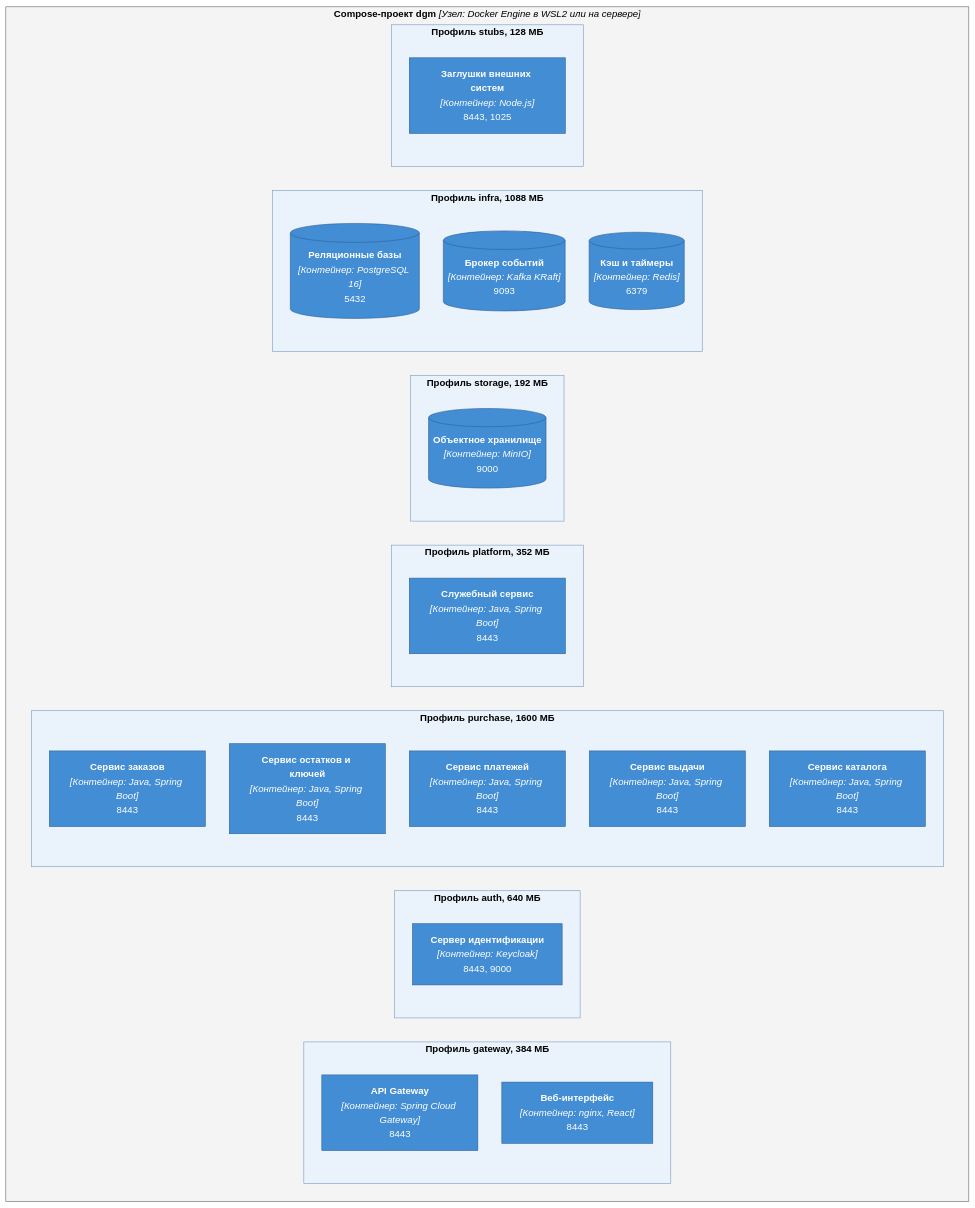
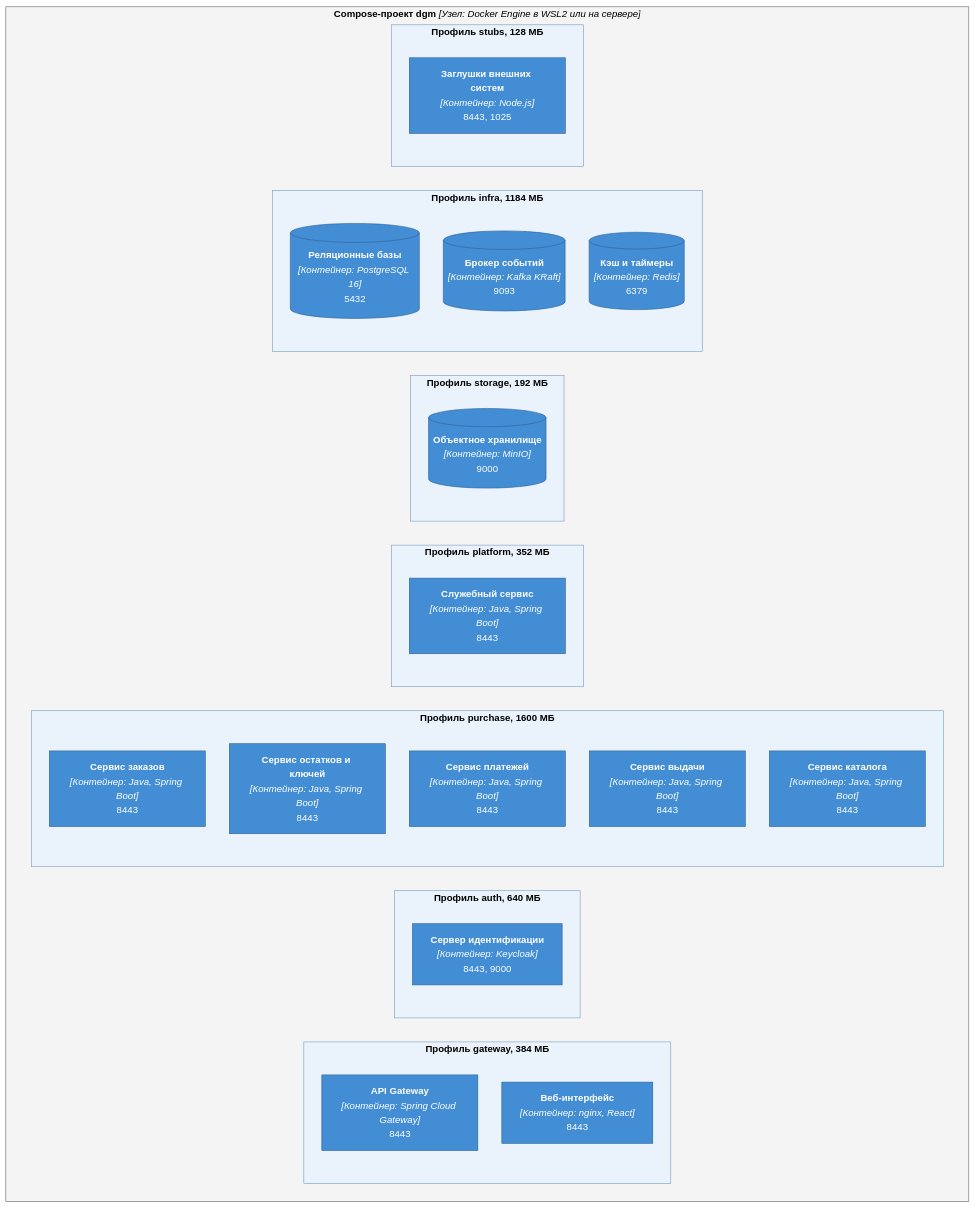
The second of 5 diagrams in docs/05-architecture/c4-deployment.md (Lapin143/digital-goods-marketplace), drawn with Mermaid before and after one commit. The commit also changed 3 other files, not shown here.

````diff
--- a/docs/05-architecture/c4-deployment.md
+++ b/docs/05-architecture/c4-deployment.md
@@ -78,45 +78,45 @@
 ```mermaid
 %%{init: {"theme":"base","themeVariables":{"edgeLabelBackground":"#ffffff","lineColor":"#444444"},"flowchart": {"nodeSpacing": 40, "rankSpacing": 60, "curve": "basis"}}}%%
 flowchart TB
     subgraph laptop["<b>Compose-проект dgm</b> <i>[Узел: Docker Engine в WSL2 или на сервере]</i>"]
         subgraph p-gateway["<b>Профиль gateway, 384 МБ</b>"]
             api-gateway["<b>API Gateway</b><br/><i>[Контейнер: Spring Cloud Gateway]</i><br/>8443"]
             web-app["<b>Веб-интерфейс</b><br/><i>[Контейнер: nginx, React]</i><br/>8443"]
         end
         subgraph p-auth["<b>Профиль auth, 640 МБ</b>"]
             keycloak["<b>Сервер идентификации</b><br/><i>[Контейнер: Keycloak]</i><br/>8443, 9000"]
         end
         subgraph p-purchase["<b>Профиль purchase, 1600 МБ</b>"]
             order-service["<b>Сервис заказов</b><br/><i>[Контейнер: Java, Spring Boot]</i><br/>8443"]
             inventory-service["<b>Сервис остатков и ключей</b><br/><i>[Контейнер: Java, Spring Boot]</i><br/>8443"]
             payment-service["<b>Сервис платежей</b><br/><i>[Контейнер: Java, Spring Boot]</i><br/>8443"]
             delivery-service["<b>Сервис выдачи</b><br/><i>[Контейнер: Java, Spring Boot]</i><br/>8443"]
             catalog-service["<b>Сервис каталога</b><br/><i>[Контейнер: Java, Spring Boot]</i><br/>8443"]
         end
         subgraph p-platform["<b>Профиль platform, 352 МБ</b>"]
             platform-service["<b>Служебный сервис</b><br/><i>[Контейнер: Java, Spring Boot]</i><br/>8443"]
         end
         subgraph p-storage["<b>Профиль storage, 192 МБ</b>"]
             object-storage[("<b>Объектное хранилище</b><br/><i>[Контейнер: MinIO]</i><br/>9000")]
         end
-        subgraph p-infra["<b>Профиль infra, 1088 МБ</b>"]
+        subgraph p-infra["<b>Профиль infra, 1184 МБ</b>"]
             postgres[("<b>Реляционные базы</b><br/><i>[Контейнер: PostgreSQL 16]</i><br/>5432")]
             kafka[("<b>Брокер событий</b><br/><i>[Контейнер: Kafka KRaft]</i><br/>9093")]
             redis[("<b>Кэш и таймеры</b><br/><i>[Контейнер: Redis]</i><br/>6379")]
         end
         subgraph p-stubs["<b>Профиль stubs, 128 МБ</b>"]
             external-stubs["<b>Заглушки внешних систем</b><br/><i>[Контейнер: Node.js]</i><br/>8443, 1025"]
         end
     end
 
     classDef container fill:#438dd5,stroke:#2e6295,color:#ffffff
     class api-gateway,web-app,keycloak,order-service,inventory-service,payment-service,delivery-service,catalog-service,platform-service,object-storage,postgres,kafka,redis,external-stubs container
     style laptop fill:#f4f4f4,stroke:#666666,color:#000000
     style p-gateway fill:#eaf2fb,stroke:#7a9cc0,color:#000000
     style p-auth fill:#eaf2fb,stroke:#7a9cc0,color:#000000
     style p-purchase fill:#eaf2fb,stroke:#7a9cc0,color:#000000
     style p-platform fill:#eaf2fb,stroke:#7a9cc0,color:#000000
     style p-storage fill:#eaf2fb,stroke:#7a9cc0,color:#000000
     style p-infra fill:#eaf2fb,stroke:#7a9cc0,color:#000000
     style p-stubs fill:#eaf2fb,stroke:#7a9cc0,color:#000000
 ```
````
